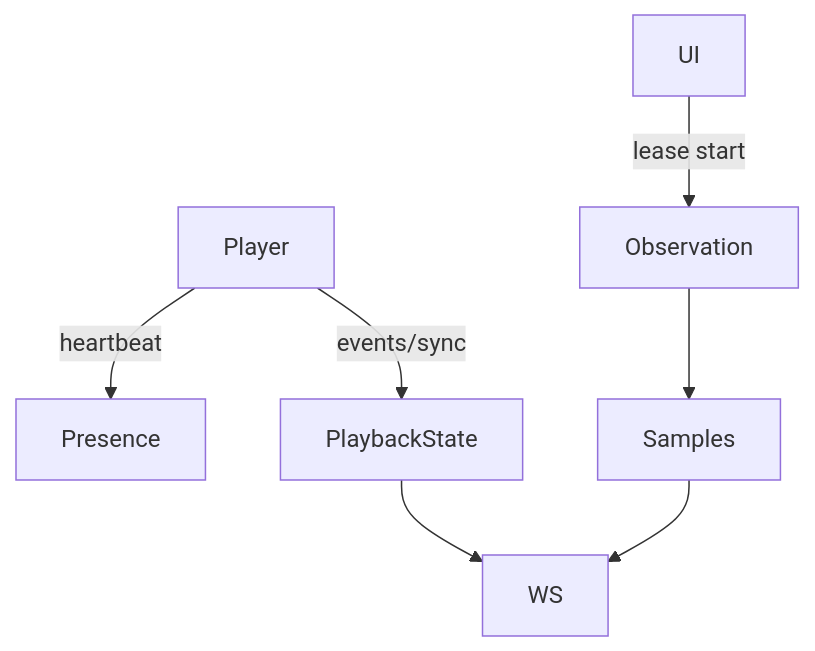
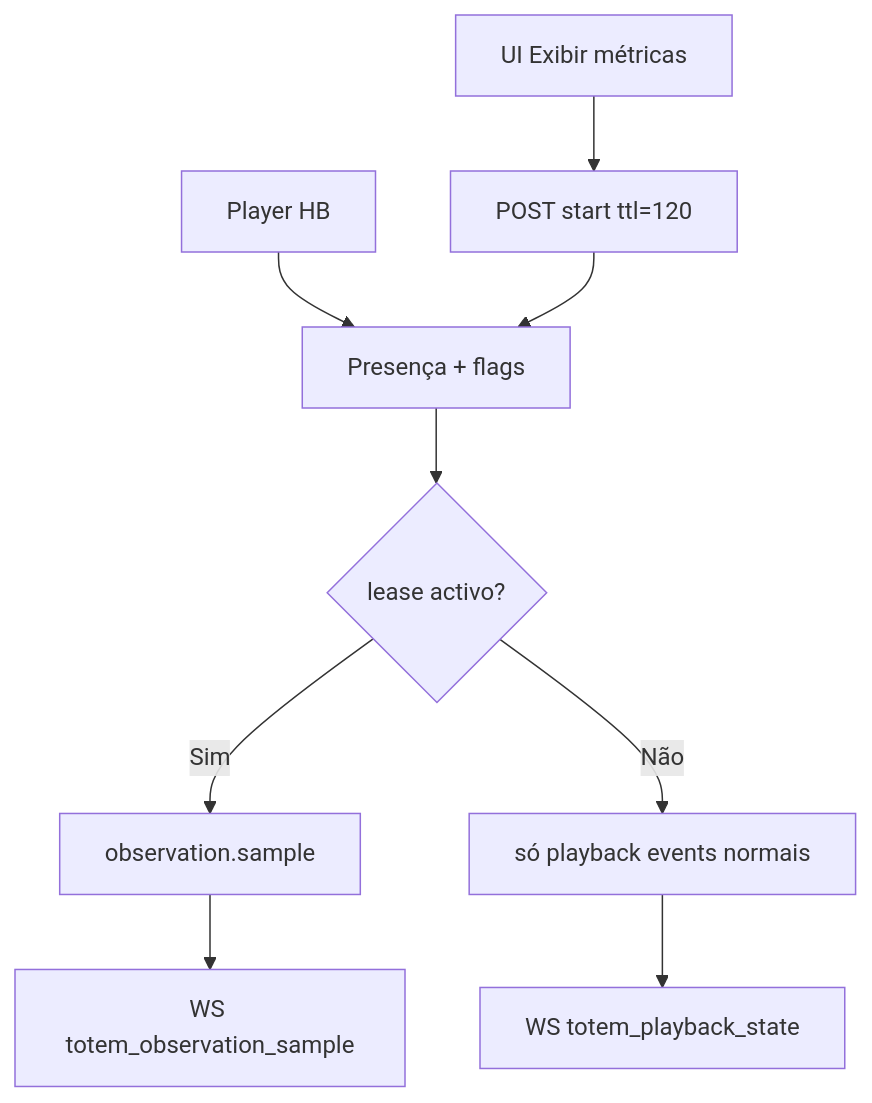
One commit to Julio-Eyras/TotemDigital-Studio-A.i changed the diagram in docs/modulos/telemetry-heartbeat/MODULO.md. Above: the diagram before and after it, drawn with Mermaid. The commit also changed other lines of this file and 47 other files, not shown here.

````diff
--- a/docs/modulos/telemetry-heartbeat/MODULO.md
+++ b/docs/modulos/telemetry-heartbeat/MODULO.md
@@ -88,9 +150,11 @@
 ```mermaid
 flowchart TD
-  Player -->|heartbeat| Presence
-  Player -->|events/sync| PlaybackState
-  UI -->|lease start| Observation
-  Observation --> Samples
-  PlaybackState --> WS
-  Samples --> WS
+  A[Player HB] --> B[Presença + flags]
+  B --> C{lease activo?}
+  C -->|Sim| D[observation.sample]
+  C -->|Não| E[só playback events normais]
+  D --> F[WS totem_observation_sample]
+  E --> G[WS totem_playback_state]
+  H[UI Exibir métricas] --> I[POST start ttl=120]
+  I --> B
 ```
````
